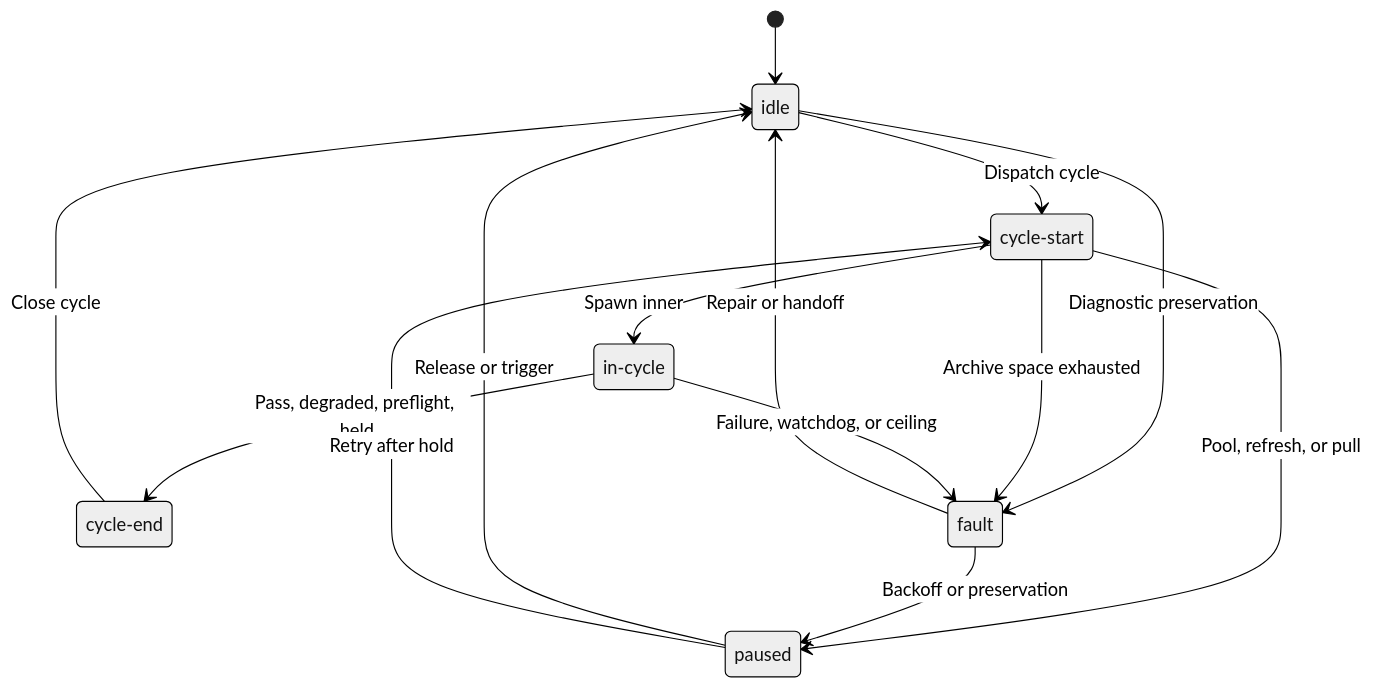
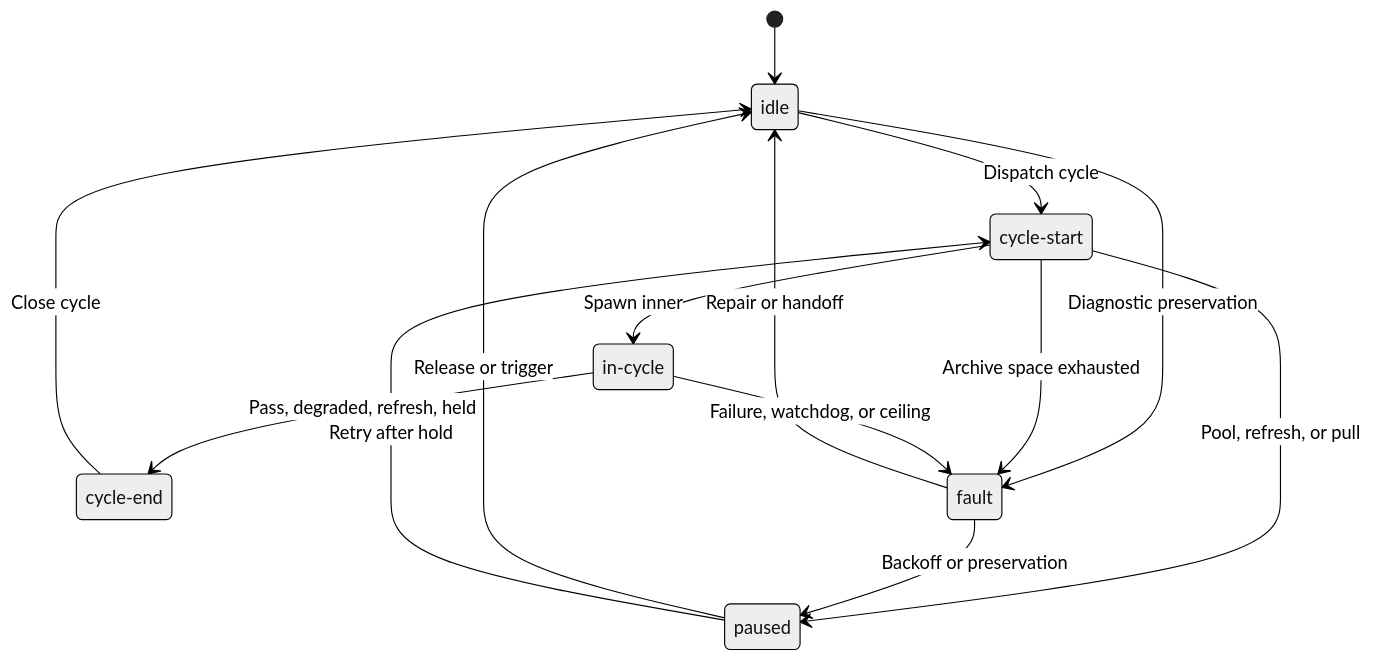
The first of 9 diagrams in docs/design/04-lifecycle-state.md (alissonsol/yuruna), drawn with Mermaid (neutral theme) before and after one commit. The commit also changed other lines of this file and 1545 other files, not shown here.

````diff
--- a/docs/design/04-lifecycle-state.md
+++ b/docs/design/04-lifecycle-state.md
@@ -11,22 +11,22 @@
 ```mermaid
 stateDiagram-v2
     state "idle" as idle
     state "cycle-start" as cycle_start
     state "in-cycle" as in_cycle
     state "cycle-end" as cycle_end
     state "fault" as fault
     state "paused" as paused
     [*] --> idle
     idle --> cycle_start: Dispatch cycle
     idle --> fault: Diagnostic preservation
     cycle_start --> in_cycle: Spawn inner
     cycle_start --> fault: Archive space exhausted
     cycle_start --> paused: Pool, refresh, or pull
-    in_cycle --> cycle_end: Pass, degraded, preflight, held
+    in_cycle --> cycle_end: Pass, degraded, refresh, held
     in_cycle --> fault: Failure, watchdog, or ceiling
     cycle_end --> idle: Close cycle
     fault --> paused: Backoff or preservation
     fault --> idle: Repair or handoff
     paused --> idle: Release or trigger
     paused --> cycle_start: Retry after hold
 ```
````
